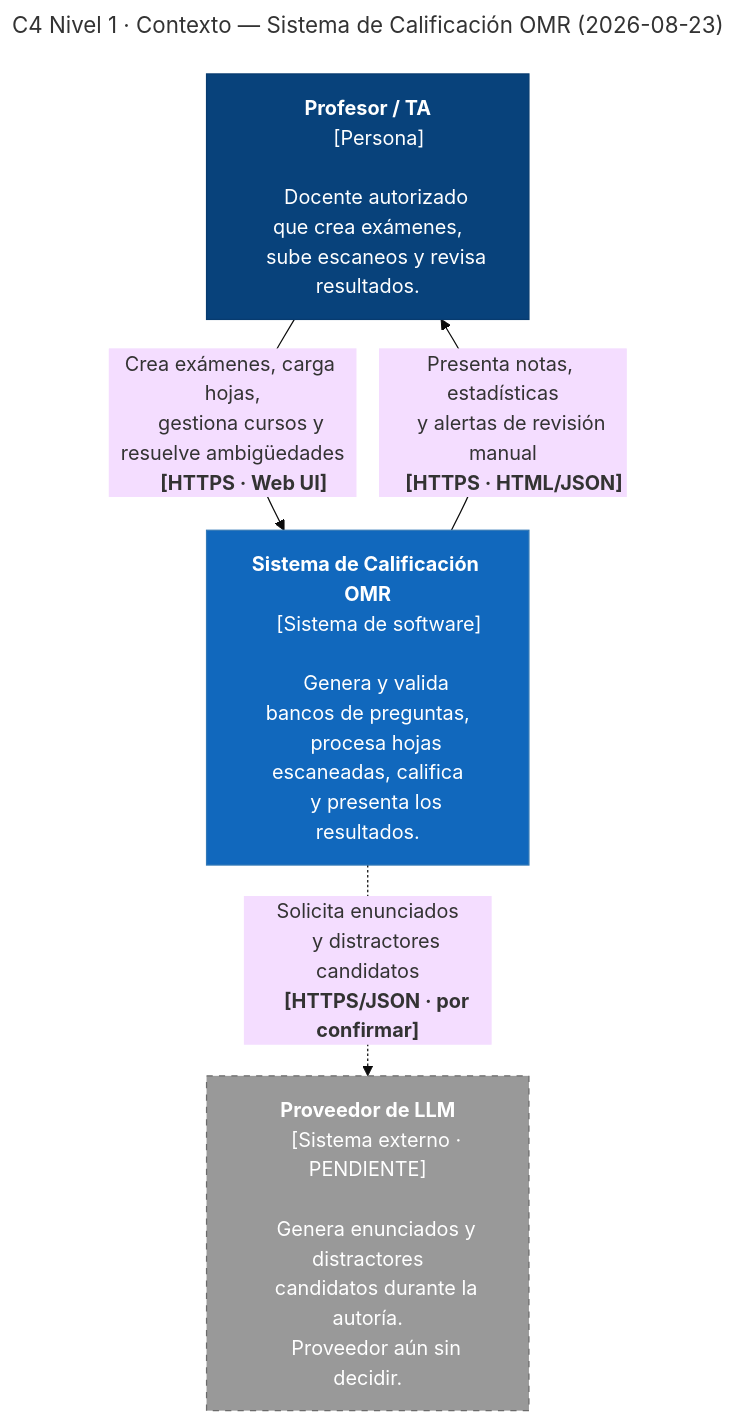
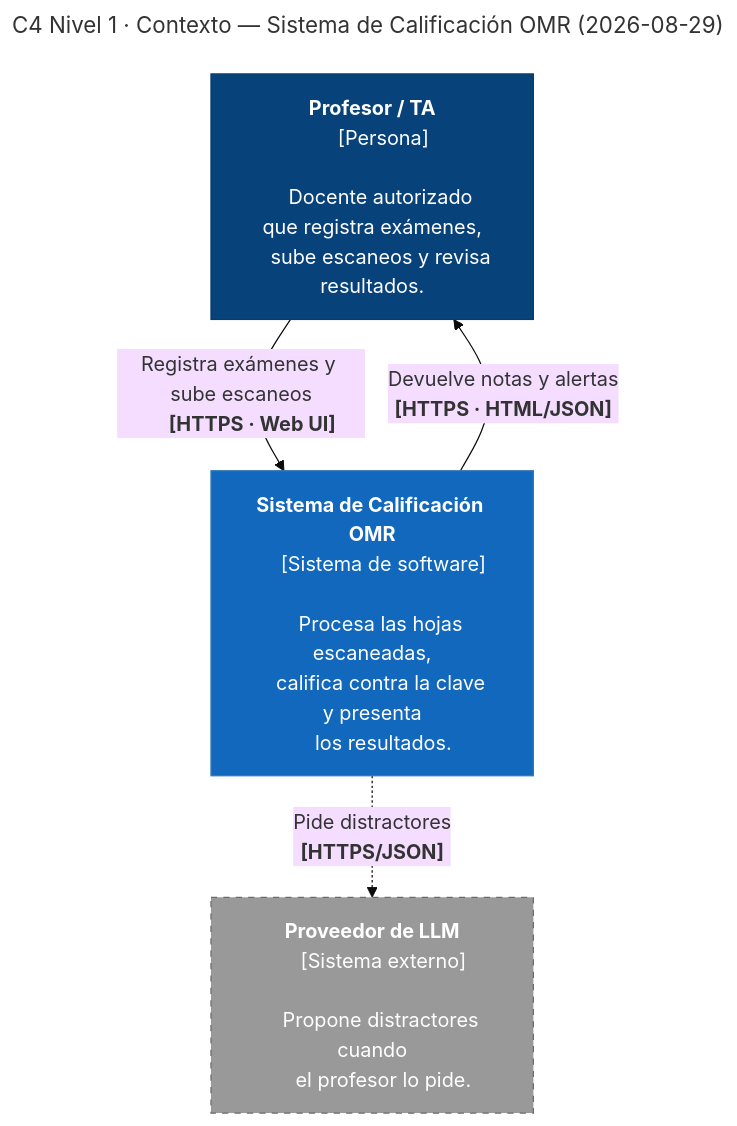
One commit to ISCOUTB/AS_202620_Sistema-de-calificacion-automatica changed the diagram in docs/c4/doc-c4.md. Above: the diagram before and after it, drawn with Mermaid (base theme). The commit also changed other lines of this file, not shown here.

````diff
--- a/docs/c4/doc-c4.md
+++ b/docs/c4/doc-c4.md
@@ -28,43 +28,39 @@
 ```mermaid
 ---
-title: "C4 Nivel 1 · Contexto — Sistema de Calificación OMR (2026-08-23)"
+title: "C4 Nivel 1 · Contexto — Sistema de Calificación OMR (2026-08-29)"
 ---
 flowchart TB
     profesor["<b>Profesor / TA</b>
     [Persona]
 
-    Docente autorizado que crea exámenes,
+    Docente autorizado que registra exámenes,
     sube escaneos y revisa resultados."]
 
     sistema["<b>Sistema de Calificación OMR</b>
     [Sistema de software]
 
-    Genera y valida bancos de preguntas,
-    procesa hojas escaneadas, califica
-    y presenta los resultados."]
+    Procesa las hojas escaneadas,
+    califica contra la clave y presenta
+    los resultados."]
 
     llm["<b>Proveedor de LLM</b>
-    [Sistema externo · PENDIENTE]
+    [Sistema externo]
 
-    Genera enunciados y distractores
-    candidatos durante la autoría.
-    Proveedor aún sin decidir."]
+    Propone distractores cuando
+    el profesor lo pide."]
 
-    profesor -->|"Crea exámenes, carga hojas,
-    gestiona cursos y resuelve ambigüedades
+    profesor -->|"Registra exámenes y sube escaneos
     <b>[HTTPS · Web UI]</b>"| sistema
-    sistema -->|"Presenta notas, estadísticas
-    y alertas de revisión manual
+    sistema -->|"Devuelve notas y alertas
     <b>[HTTPS · HTML/JSON]</b>"| profesor
-    sistema -.->|"Solicita enunciados
-    y distractores candidatos
-    <b>[HTTPS/JSON · por confirmar]</b>"| llm
+    sistema -.->|"Pide distractores
+    <b>[HTTPS/JSON]</b>"| llm
 
     classDef person fill:#08427B,stroke:#073B6F,color:#ffffff
     classDef system fill:#1168BD,stroke:#3379B7,color:#ffffff
     classDef external fill:#999999,stroke:#6B6B6B,color:#ffffff,stroke-dasharray: 5 5
 
     class profesor person
     class sistema system
     class llm external
 ```
````
